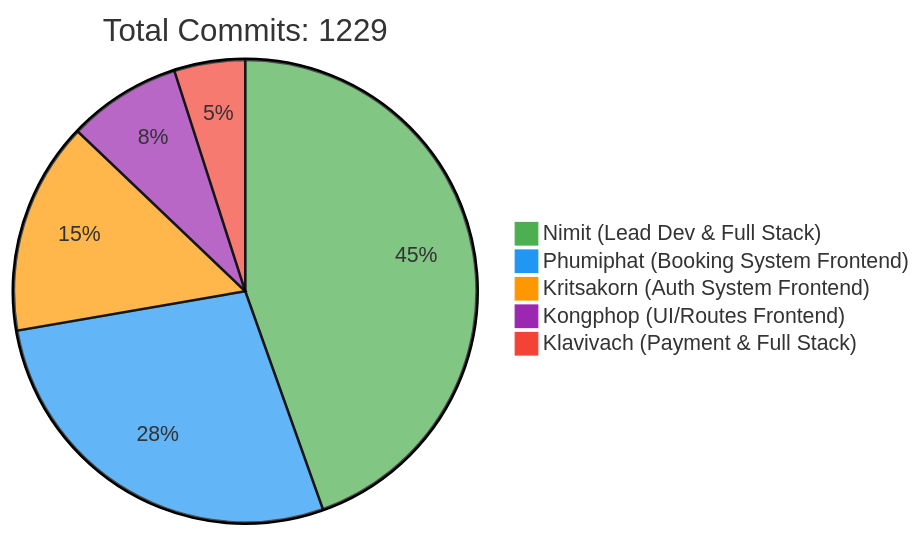
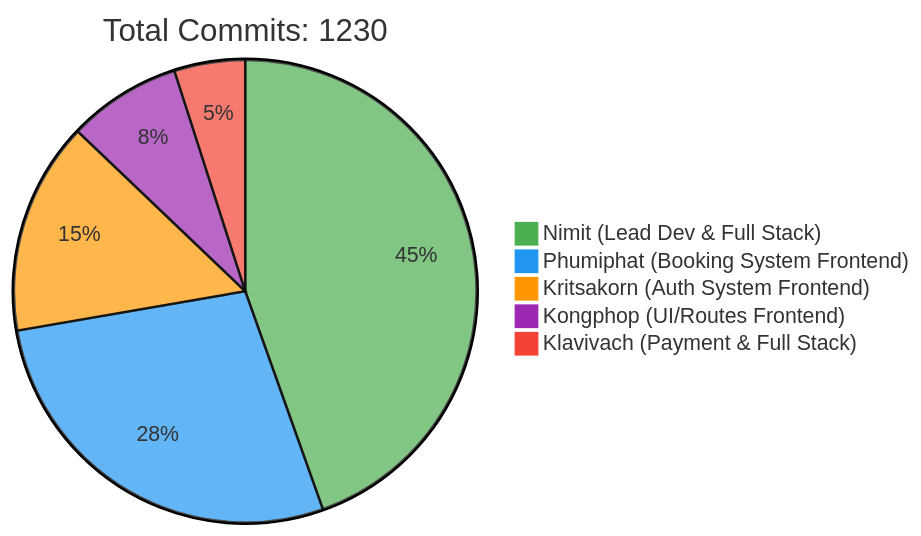
The first of 2 diagrams in README.md (6531503042/Sport-Complex), drawn with Mermaid before and after one commit. The commit also changed other lines of this file, not shown here.

Commit message:
docs: Update contributor statistics [skip ci]

````diff
--- a/README.md
+++ b/README.md
@@ -257,10 +257,10 @@
 ```mermaid
 %%{init: {'theme': 'base', 'themeVariables': { 'pie1': '#4CAF50', 'pie2': '#2196F3', 'pie3': '#FF9800', 'pie4': '#9C27B0', 'pie5': '#F44336'}}}%%
 pie
-    title Total Commits: 1229
+    title Total Commits: 1230
     "Nimit (Lead Dev & Full Stack)" : 450
     "Phumiphat (Booking System Frontend)" : 280
     "Kritsakorn (Auth System Frontend)" : 150
     "Kongphop (UI/Routes Frontend)" : 80
     "Klavivach (Payment & Full Stack)" : 50
 ```
````
